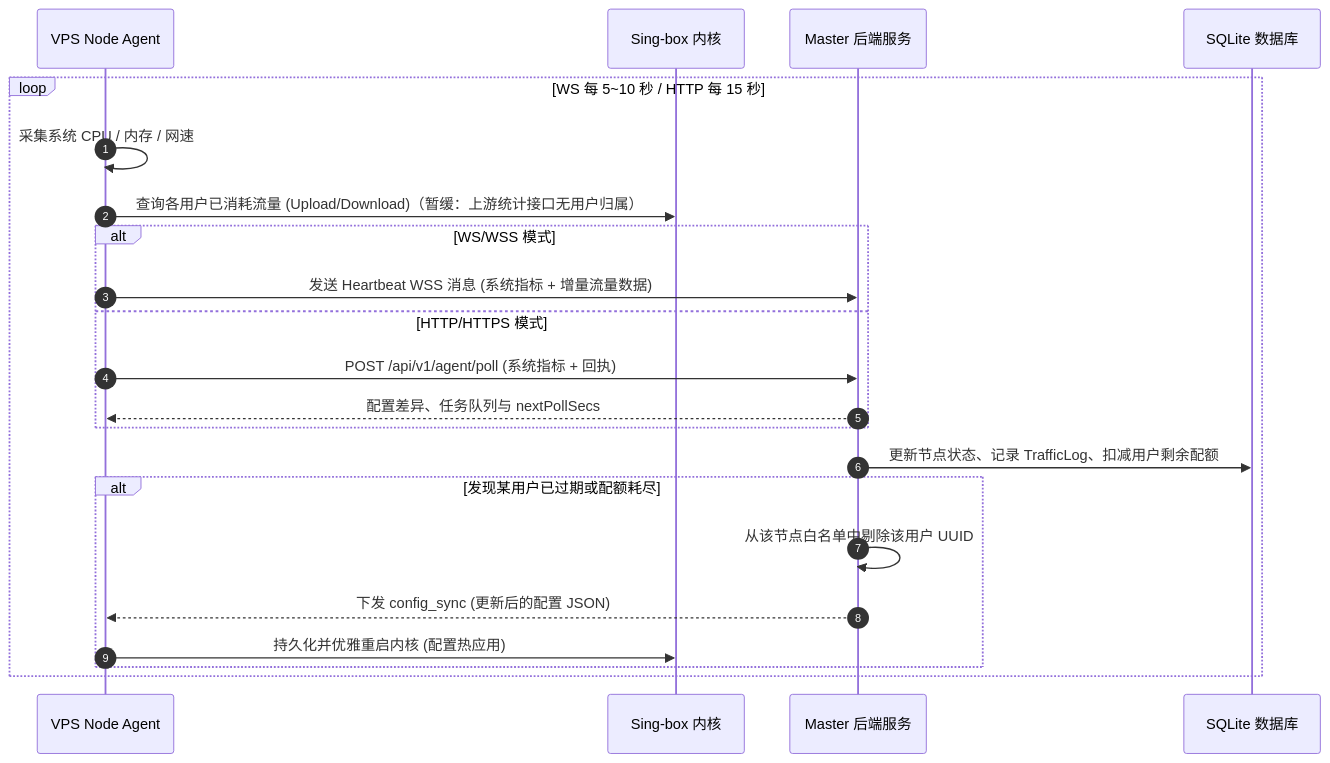
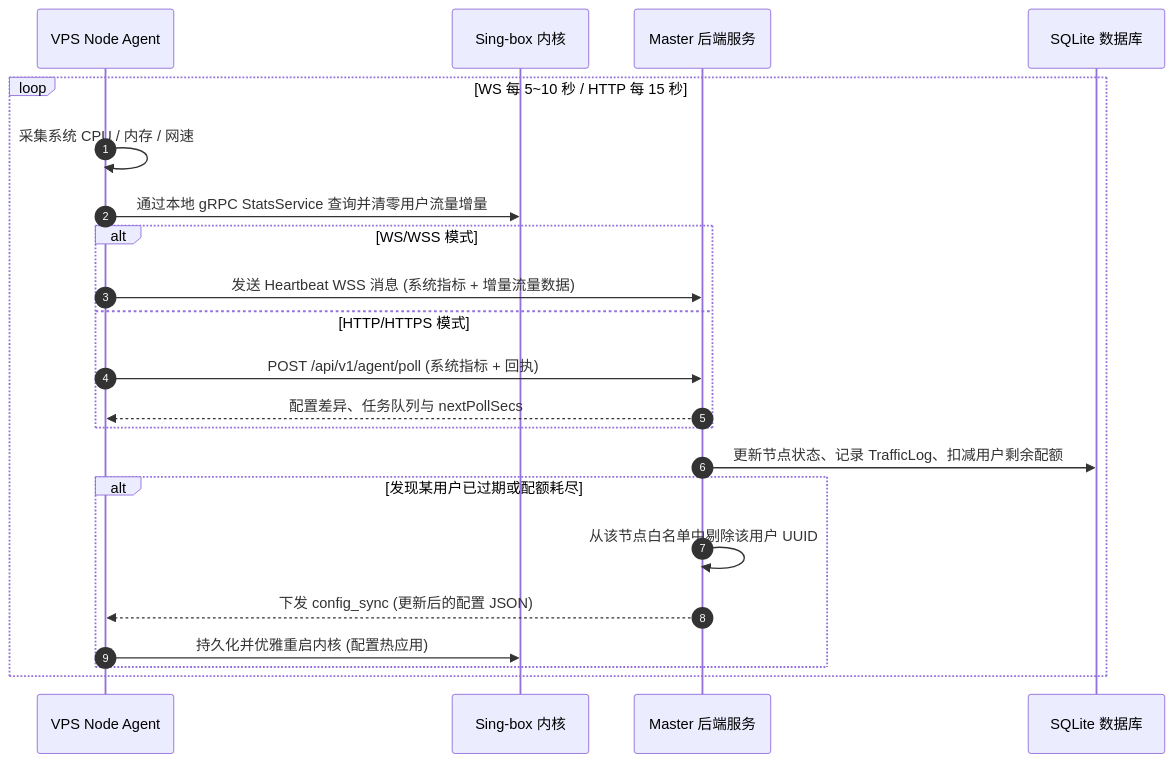
Before and after one commit to Nanako660/riricloud: the third of 5 diagrams in docs/ARCHITECTURE.md, drawn with Mermaid. The commit also changed other lines of this file and 36 other files, not shown here.

````diff
--- a/docs/ARCHITECTURE.md
+++ b/docs/ARCHITECTURE.md
@@ -128,26 +129,26 @@
 ```mermaid
 sequenceDiagram
     autonumber
     participant Agent as VPS Node Agent
     participant Singbox as Sing-box 内核
     participant Master as Master 后端服务
     participant DB as SQLite 数据库
 
     loop WS 每 5~10 秒 / HTTP 每 15 秒
         Agent->>Agent: 采集系统 CPU / 内存 / 网速
-        Agent->>Singbox: 查询各用户已消耗流量 (Upload/Download)（暂缓：上游统计接口无用户归属）
+        Agent->>Singbox: 通过本地 gRPC StatsService 查询并清零用户流量增量
         alt WS/WSS 模式
             Agent->>Master: 发送 Heartbeat WSS 消息 (系统指标 + 增量流量数据)
         else HTTP/HTTPS 模式
             Agent->>Master: POST /api/v1/agent/poll (系统指标 + 回执)
             Master-->>Agent: 配置差异、任务队列与 nextPollSecs
         end
         Master->>DB: 更新节点状态、记录 TrafficLog、扣减用户剩余配额
         
         alt 发现某用户已过期或配额耗尽
             Master->>Master: 从该节点白名单中剔除该用户 UUID
             Master-->>Agent: 下发 config_sync (更新后的配置 JSON)
             Agent->>Singbox: 持久化并优雅重启内核 (配置热应用)
         end
     end
 ```
````
